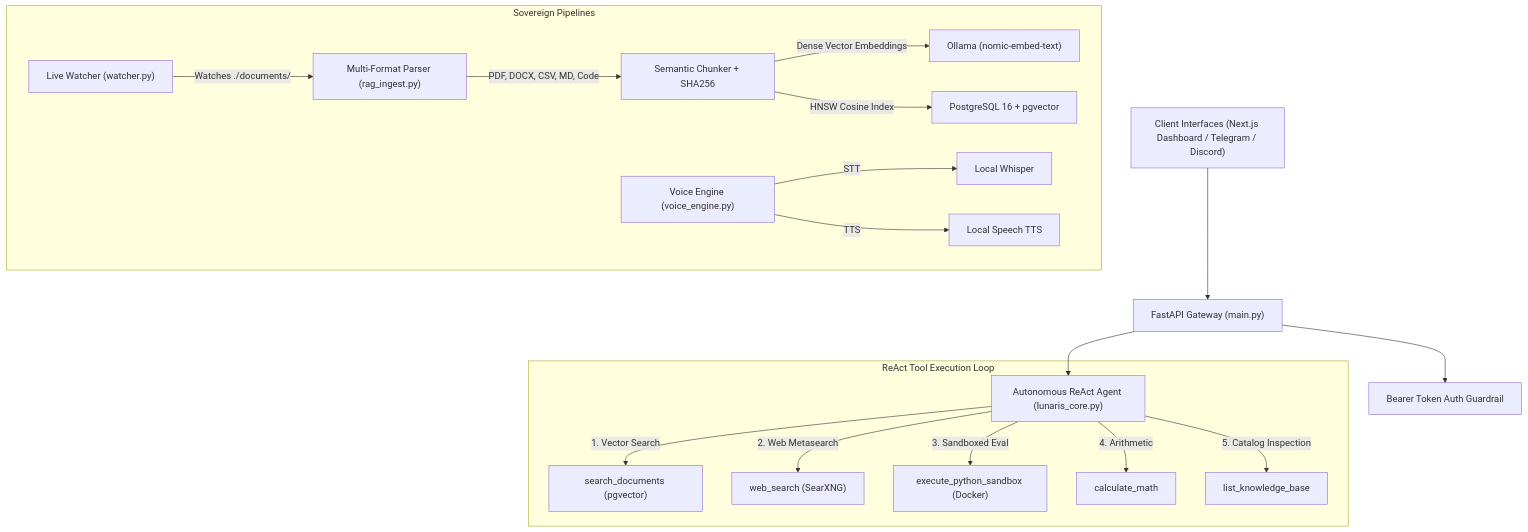
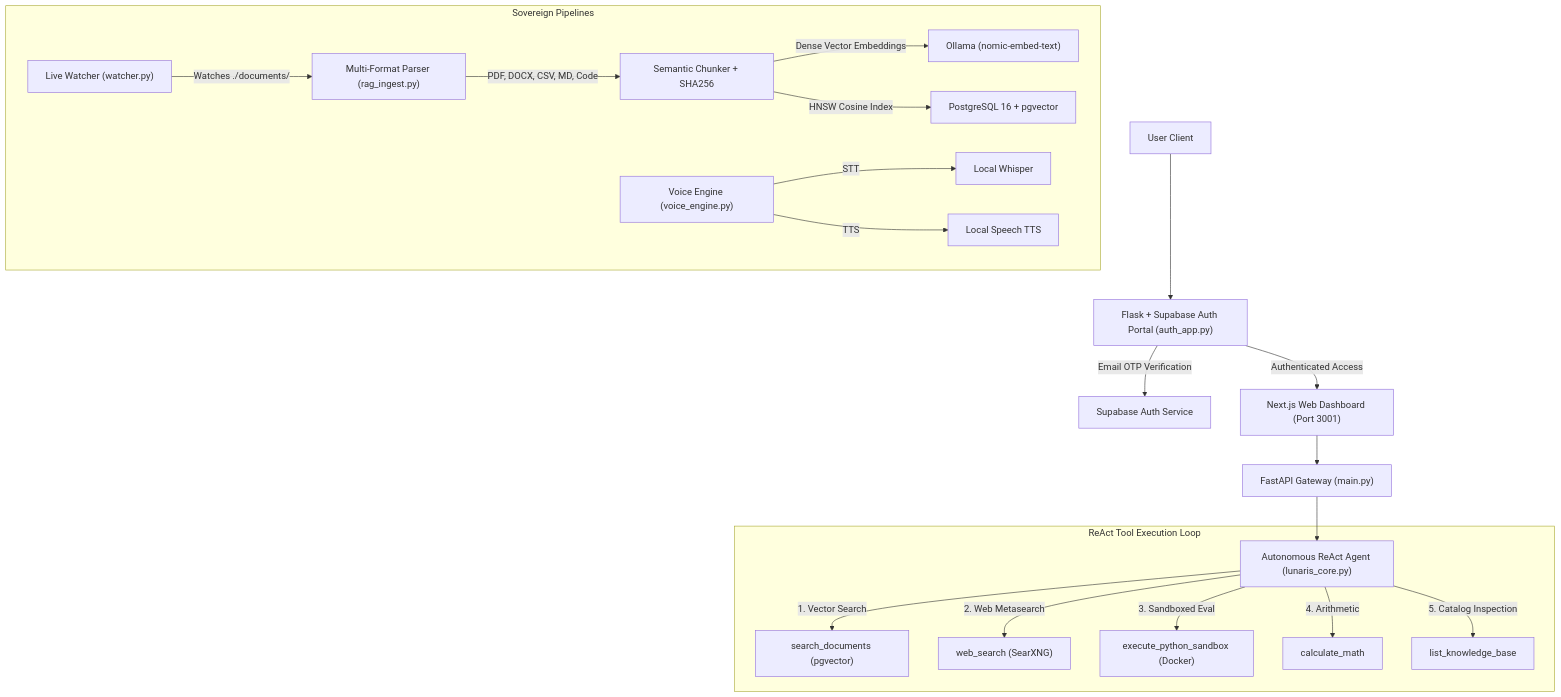
One commit to BrightenGaspar/lunaris-AI changed the diagram in README.md. Above: the diagram before and after it, drawn with Mermaid. The commit also changed other lines of this file and 4 other files, not shown here.

Commit message:
feat: Add Flask + Supabase Email OTP Authentication Portal and Template

````diff
--- a/README.md
+++ b/README.md
@@ -16,23 +18,26 @@
 ```mermaid
 graph TD
-    User["Client Interfaces (Next.js Dashboard / Telegram / Discord)"] --> Gateway["FastAPI Gateway (main.py)"]
-    Gateway --> Auth["Bearer Token Auth Guardrail"]
+    User["User Client"] --> AuthPortal["Flask + Supabase Auth Portal (auth_app.py)"]
+    AuthPortal -->|Email OTP Verification| Supabase["Supabase Auth Service"]
+    AuthPortal -->|Authenticated Access| NextApp["Next.js Web Dashboard (Port 3001)"]
+    
+    NextApp --> Gateway["FastAPI Gateway (main.py)"]
     Gateway --> ReActAgent["Autonomous ReAct Agent (lunaris_core.py)"]
     
     subgraph ReAct Tool Execution Loop
         ReActAgent -->|1. Vector Search| ToolDoc["search_documents (pgvector)"]
         ReActAgent -->|2. Web Metasearch| ToolWeb["web_search (SearXNG)"]
         ReActAgent -->|3. Sandboxed Eval| ToolCode["execute_python_sandbox (Docker)"]
         ReActAgent -->|4. Arithmetic| ToolMath["calculate_math"]
         ReActAgent -->|5. Catalog Inspection| ToolList["list_knowledge_base"]
     end
 
     subgraph Sovereign Pipelines
         Watcher["Live Watcher (watcher.py)"] -->|Watches ./documents/| Ingest["Multi-Format Parser (rag_ingest.py)"]
         Ingest -->|PDF, DOCX, CSV, MD, Code| Chunker["Semantic Chunker + SHA256"]
         Chunker -->|Dense Vector Embeddings| Ollama["Ollama (nomic-embed-text)"]
         Chunker -->|HNSW Cosine Index| Postgres["PostgreSQL 16 + pgvector"]
         Voice["Voice Engine (voice_engine.py)"] -->|STT| Whisper["Local Whisper"]
         Voice -->|TTS| Piper["Local Speech TTS"]
     end
 ```
````
